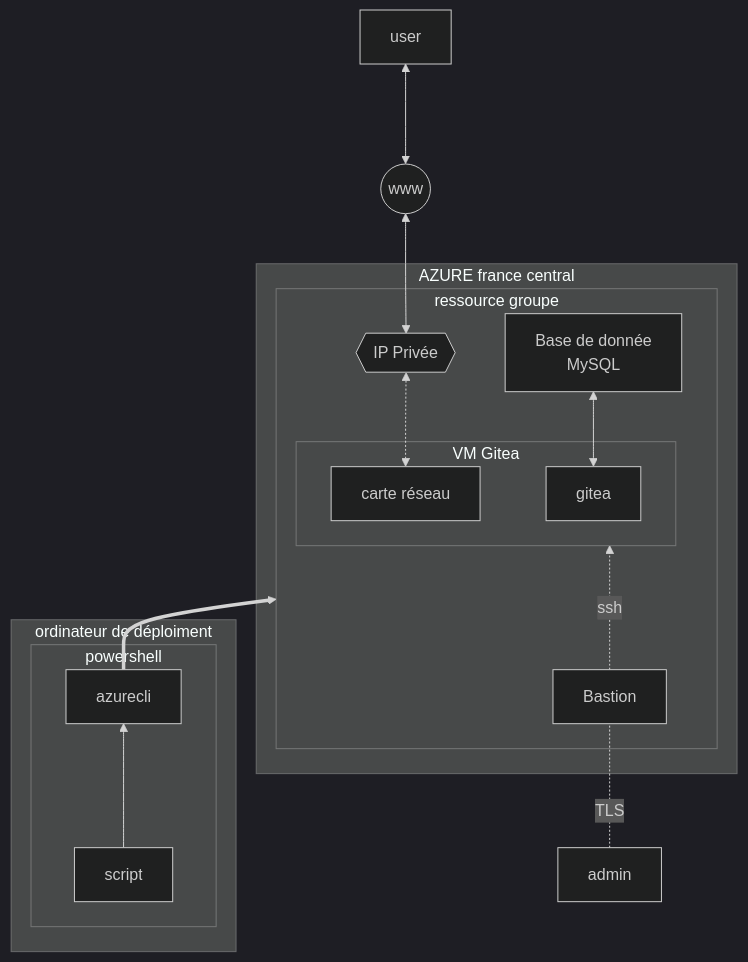
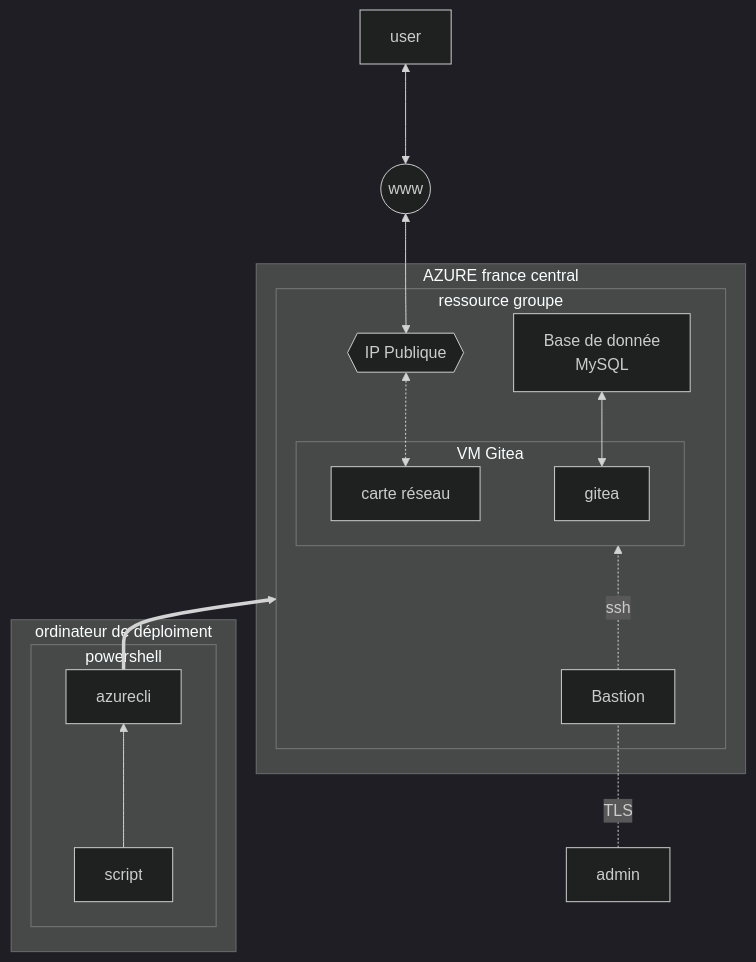
One commit to ANDRIAMAROFAHATRA/Brief_3_Groupe1 changed the diagram in Plan.md. Above: the diagram before and after it, drawn with Mermaid (dark theme).

````diff
--- a/Plan.md
+++ b/Plan.md
@@ -2,23 +2,23 @@
 ```mermaid
 flowchart BT
     subgraph azr[AZURE france central]
         subgraph rsgrp[ressource groupe]
         bstn[Bastion]
-        ippr{{IP Privée}}
+        ippr{{IP Publique}}
         subgraph VMgitea[VM Gitea]
         gitea
         crt[carte réseau]
         end
         DB[Base de donnée\nMySQL]
         end
     end
     subgraph dplmnt[ordinateur de déploiment]
     subgraph pwrshll[powershell]
     script-->azurecli
     end
     end
 azurecli==>rsgrp
 gitea<-->DB
 admin-.TLS.-bstn-.ssh.->VMgitea
 crt<-.->ippr<-->www((www))<--->usr[user]
 ```
````
